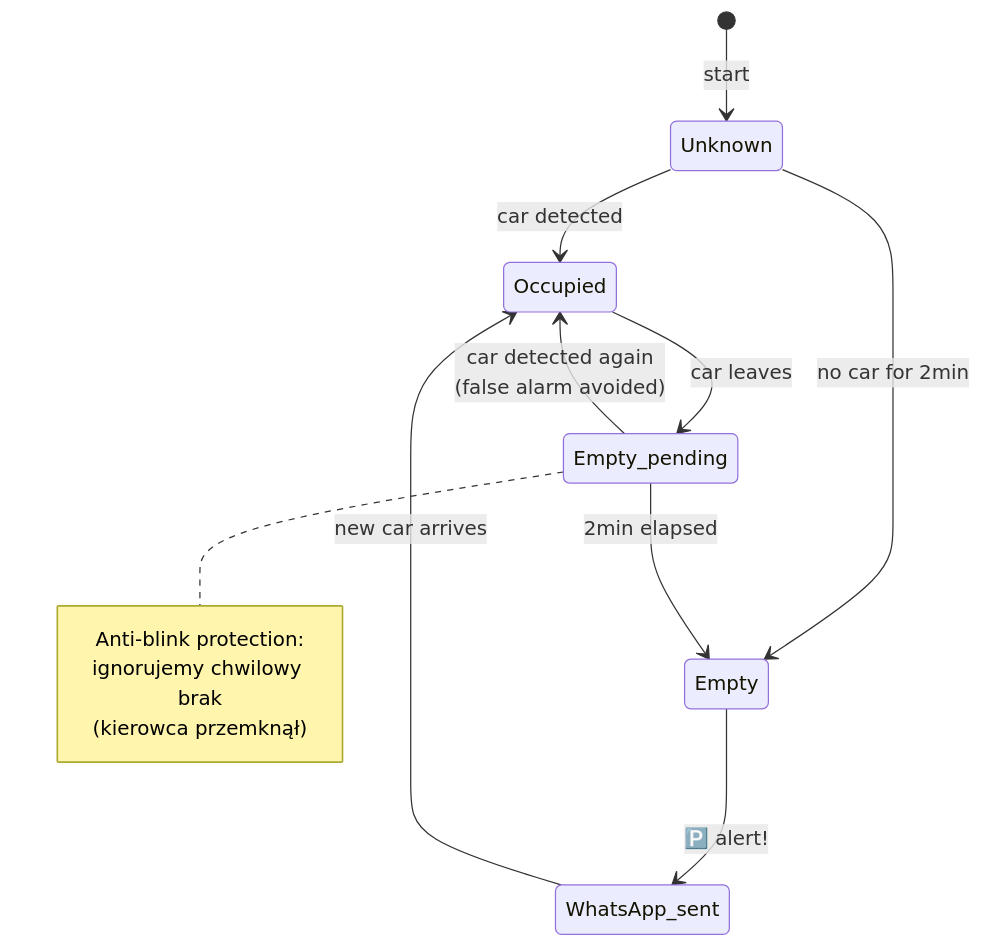
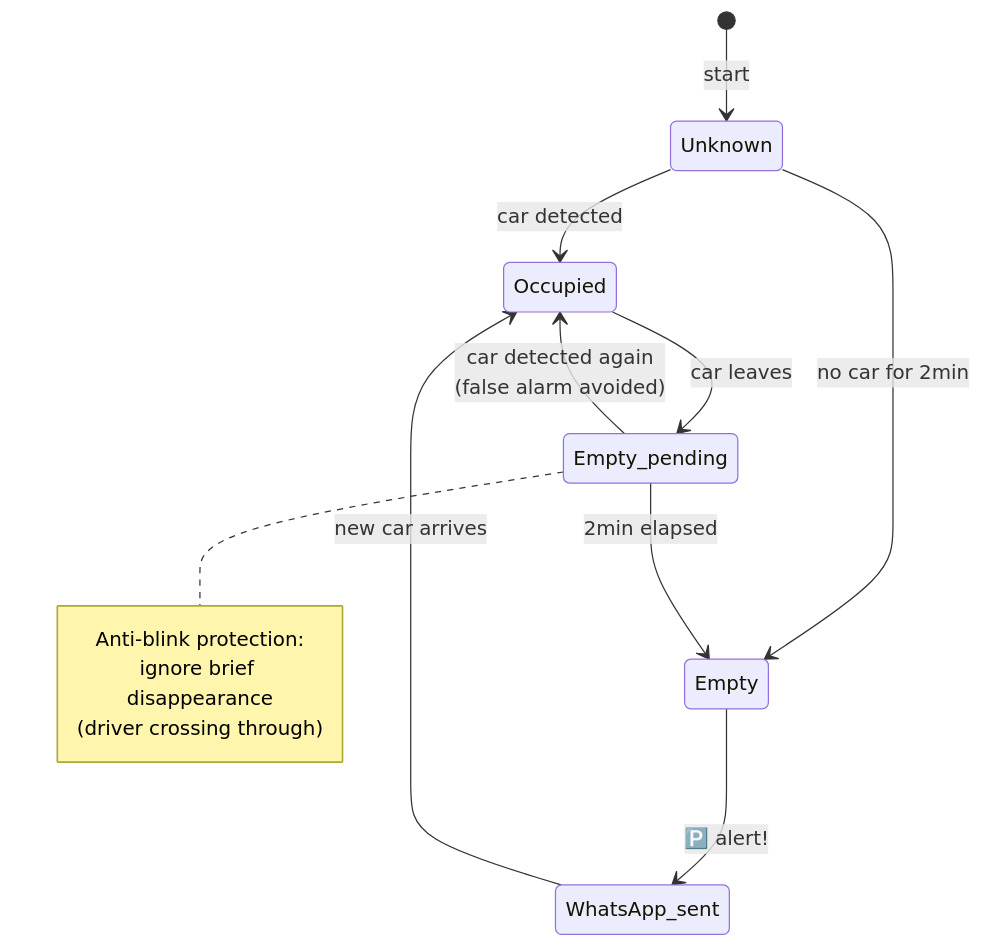
One commit to marczyn/parking-empty-alert changed the third of 3 diagrams in README.md. Above: the diagram before and after it, drawn with Mermaid. The commit also changed other lines of this file and 10 other files, not shown here.

````diff
--- a/README.md
+++ b/README.md
@@ -70,18 +70,18 @@
 ```mermaid
 stateDiagram-v2
     [*] --> Unknown: start
     Unknown --> Occupied: car detected
     Unknown --> Empty: no car for 2min
 
     Occupied --> Empty_pending: car leaves
     Empty_pending --> Occupied: car detected again<br/>(false alarm avoided)
     Empty_pending --> Empty: 2min elapsed
     Empty --> WhatsApp_sent: 🅿️ alert!
     WhatsApp_sent --> Occupied: new car arrives
 
     note right of Empty_pending
         Anti-blink protection:
-        ignorujemy chwilowy brak
-        (kierowca przemknął)
+        ignore brief disappearance
+        (driver crossing through)
     end note
 ```
````
